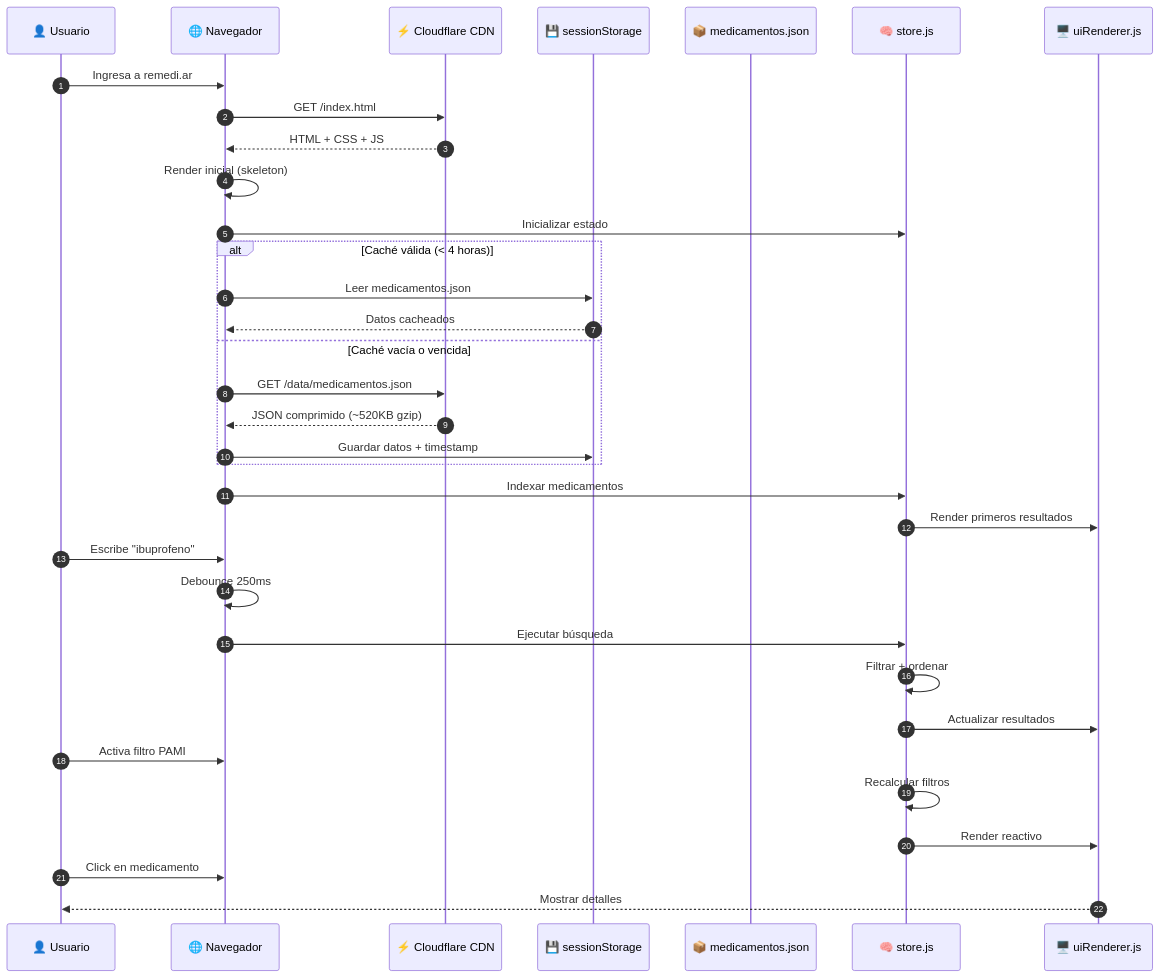
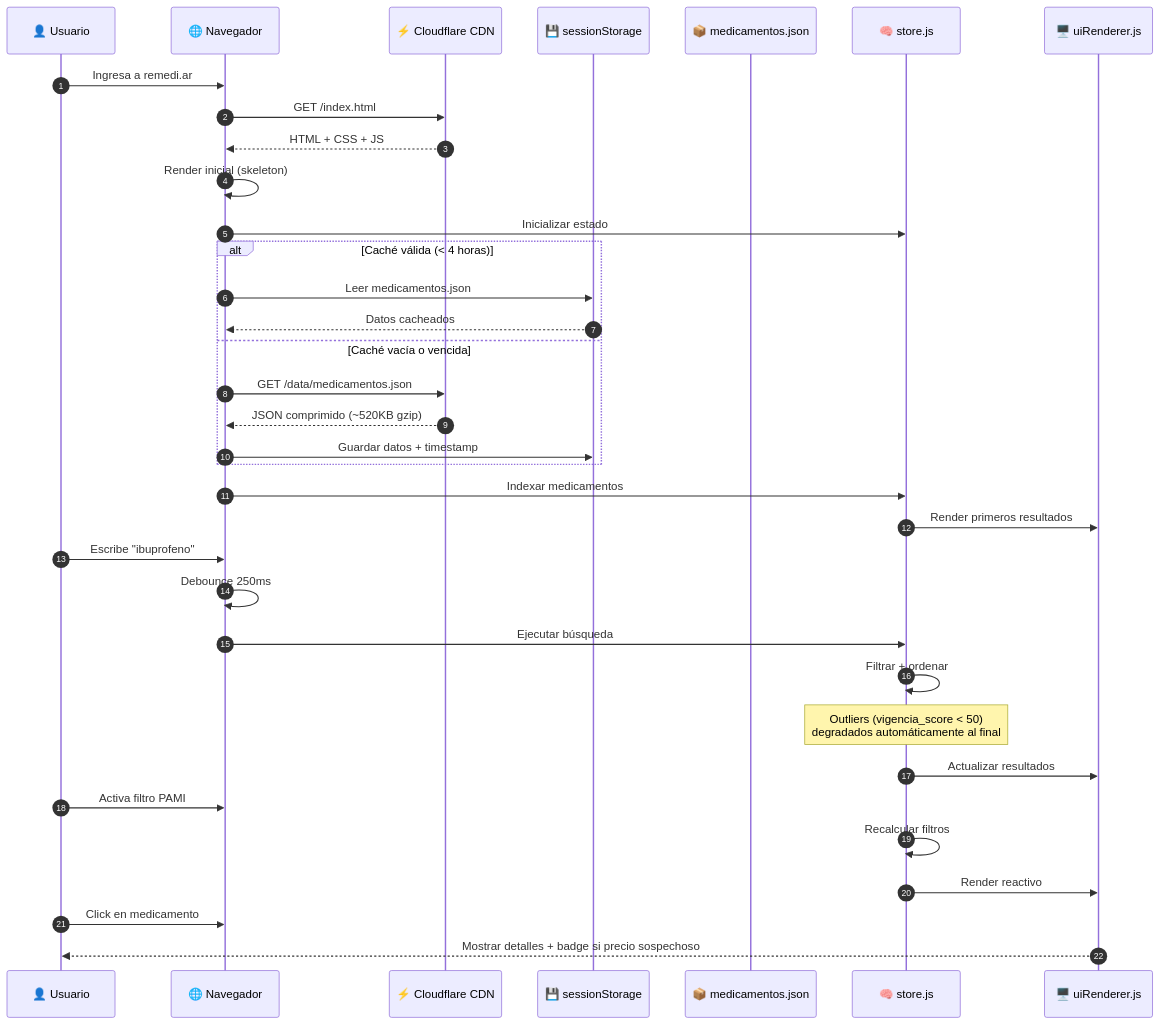
One commit to psbella/remediar changed the first of 10 diagrams in README.md. Above: the diagram before and after it, drawn with Mermaid. The commit also changed other lines of this file, not shown here.

````diff
--- a/README.md
+++ b/README.md
@@ -183,47 +188,48 @@
 ```mermaid
 sequenceDiagram
     autonumber
 
     participant U as 👤 Usuario
     participant B as 🌐 Navegador
     participant CDN as ⚡ Cloudflare CDN
     participant CACHE as 💾 sessionStorage
     participant JSON as 📦 medicamentos.json
     participant STORE as 🧠 store.js
     participant UI as 🖥️ uiRenderer.js
 
     U->>B: Ingresa a remedi.ar
 
     B->>CDN: GET /index.html
     CDN-->>B: HTML + CSS + JS
 
     B->>B: Render inicial (skeleton)
     B->>STORE: Inicializar estado
 
     alt Caché válida (< 4 horas)
         B->>CACHE: Leer medicamentos.json
         CACHE-->>B: Datos cacheados
     else Caché vacía o vencida
         B->>CDN: GET /data/medicamentos.json
         CDN-->>B: JSON comprimido (~520KB gzip)
         B->>CACHE: Guardar datos + timestamp
     end
 
     B->>STORE: Indexar medicamentos
     STORE->>UI: Render primeros resultados
 
     U->>B: Escribe "ibuprofeno"
 
     B->>B: Debounce 250ms
     B->>STORE: Ejecutar búsqueda
 
     STORE->>STORE: Filtrar + ordenar
+    Note over STORE: Outliers (vigencia_score < 50)<br/>degradados automáticamente al final
     STORE->>UI: Actualizar resultados
 
     U->>B: Activa filtro PAMI
     STORE->>STORE: Recalcular filtros
     STORE->>UI: Render reactivo
 
     U->>B: Click en medicamento
-    UI-->>U: Mostrar detalles
+    UI-->>U: Mostrar detalles + badge si precio sospechoso
 ```
````
